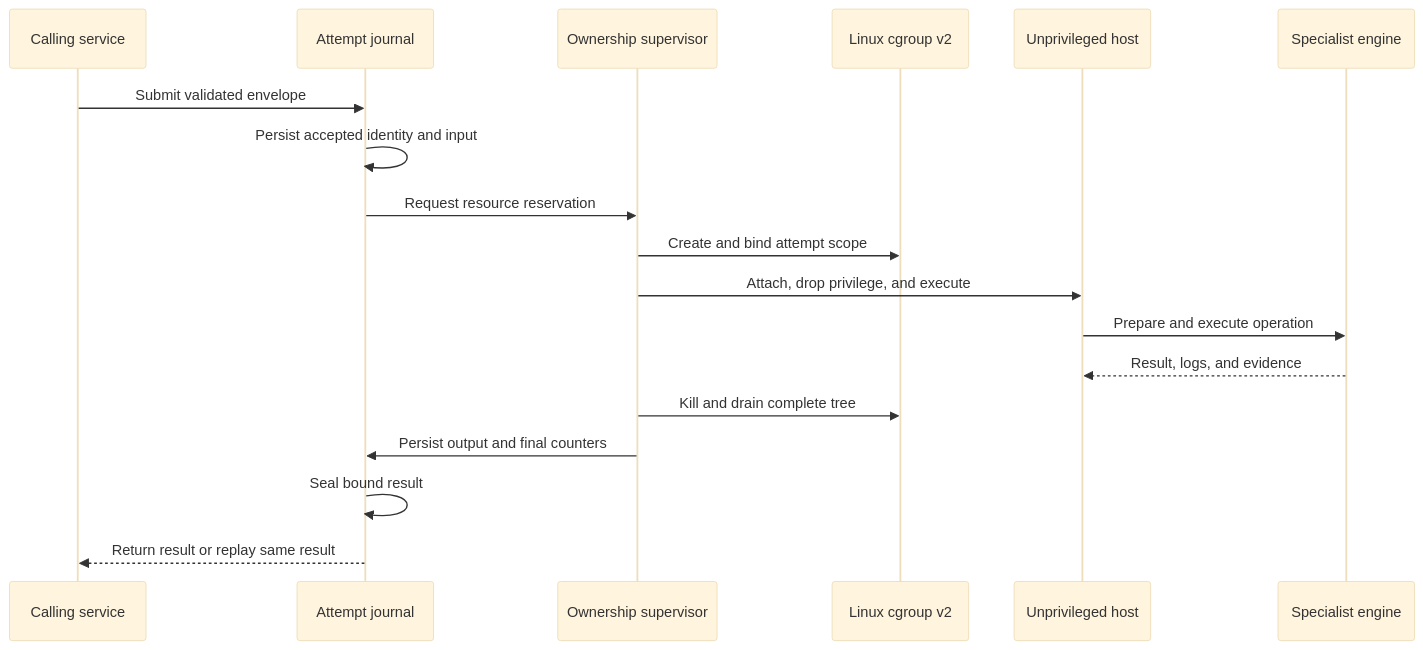
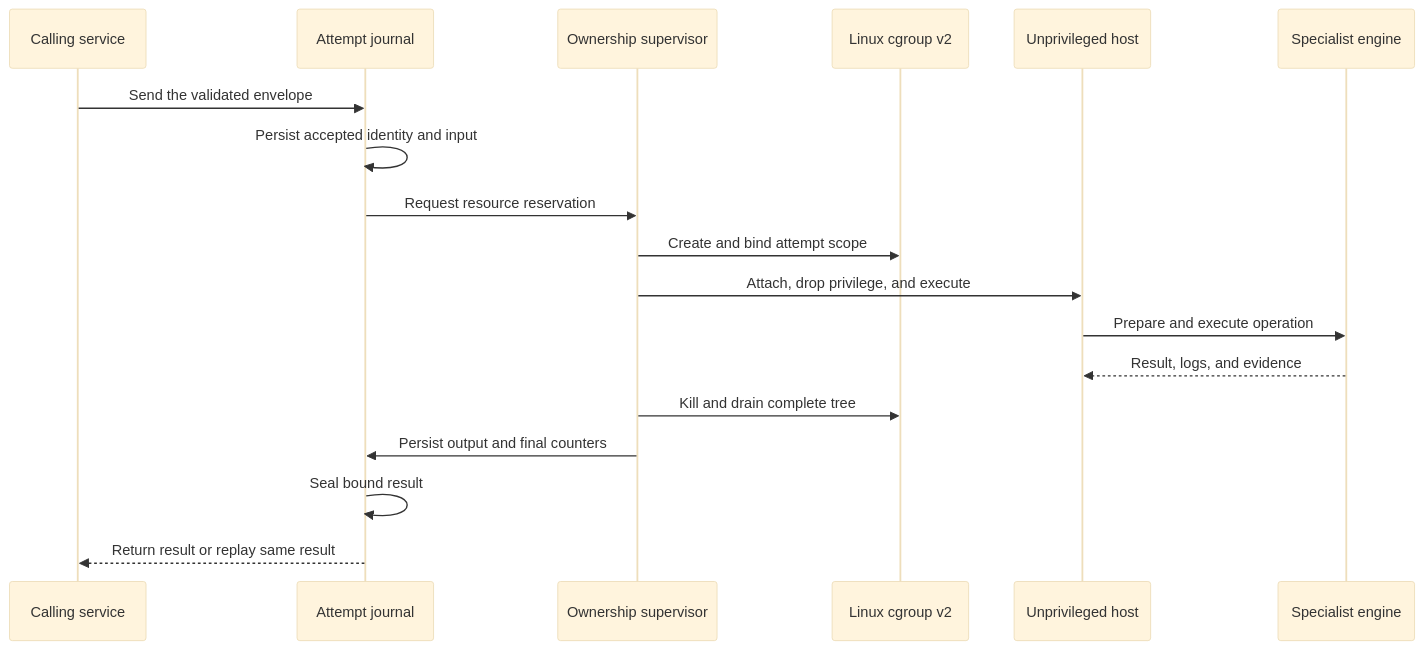
One commit to datrab/kubeclaw changed the first of 2 diagrams in docs/site/understand/worker-core.md. Above: the diagram before and after it, drawn with Mermaid (base theme). The commit also changed other lines of this file and 80 other files, not shown here.

````diff
--- a/docs/site/understand/worker-core.md
+++ b/docs/site/understand/worker-core.md
@@ -56,20 +56,20 @@
 ```mermaid
 sequenceDiagram
     participant C as Calling service
     participant J as Attempt journal
     participant O as Ownership supervisor
     participant K as Linux cgroup v2
     participant H as Unprivileged host
     participant E as Specialist engine
-    C->>J: Submit validated envelope
+    C->>J: Send the validated envelope
     J->>J: Persist accepted identity and input
     J->>O: Request resource reservation
     O->>K: Create and bind attempt scope
     O->>H: Attach, drop privilege, and execute
     H->>E: Prepare and execute operation
     E-->>H: Result, logs, and evidence
     O->>K: Kill and drain complete tree
     O->>J: Persist output and final counters
     J->>J: Seal bound result
     J-->>C: Return result or replay same result
 ```
````
